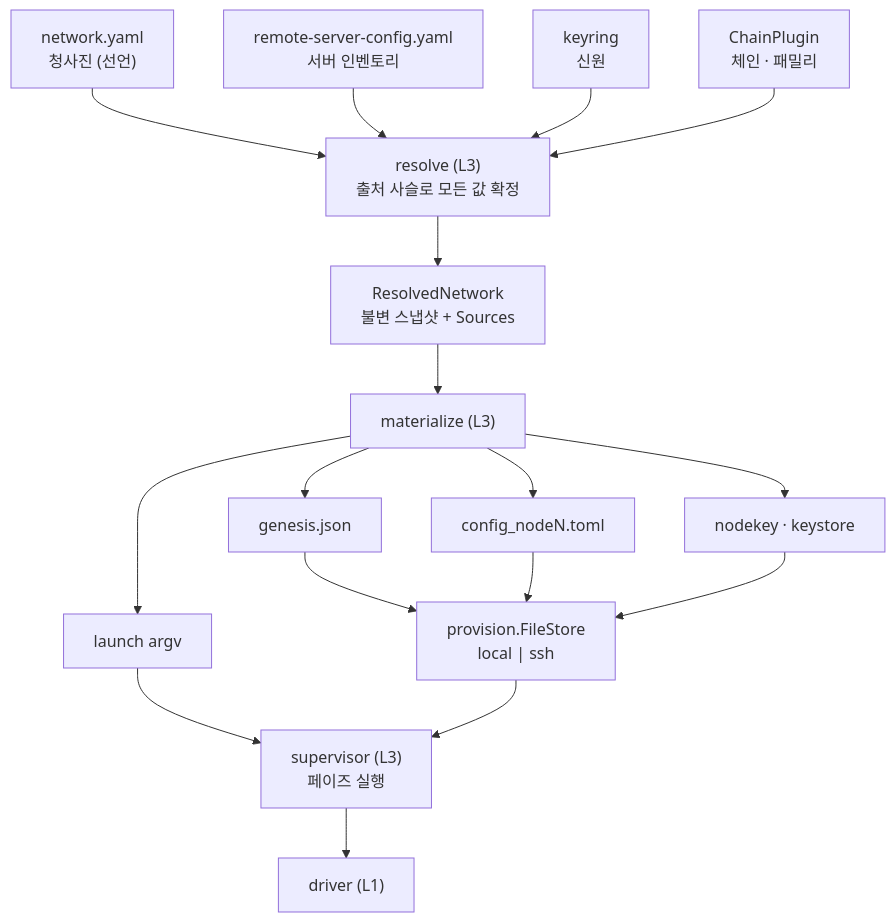
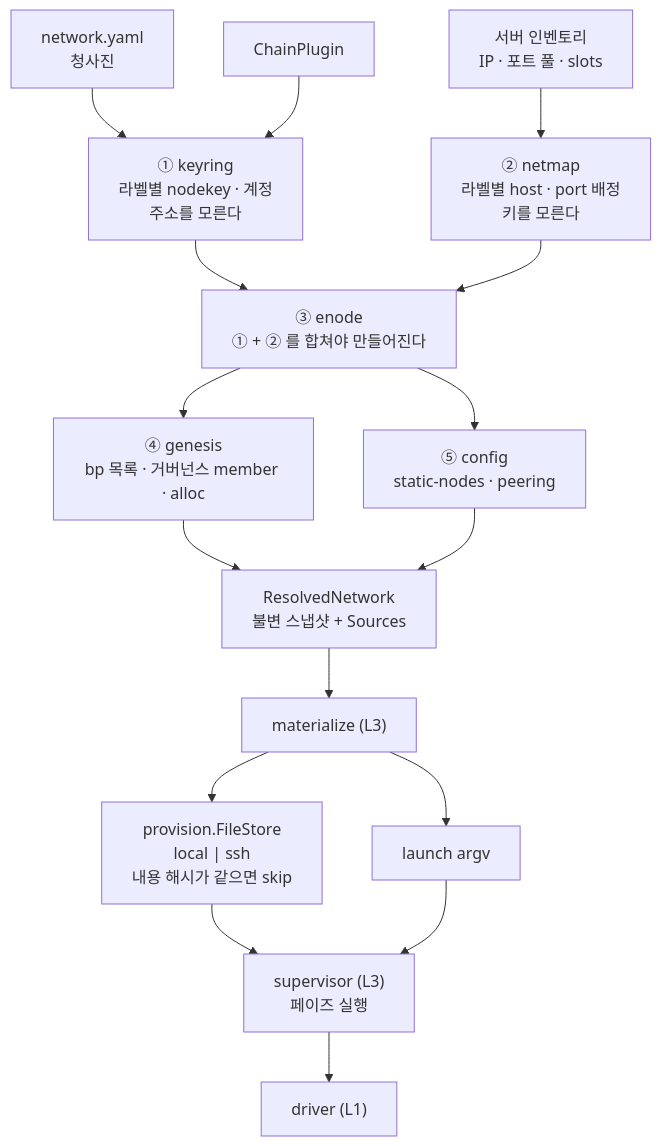
One commit to 0xmhha/chainbench changed the fourth of 9 diagrams in docs/dev/architecture/target-architecture.md. Above: the diagram before and after it, drawn with Mermaid. The commit also changed other lines of this file and 2 other files, not shown here.

````diff
--- a/docs/dev/architecture/target-architecture.md
+++ b/docs/dev/architecture/target-architecture.md
@@ -91,27 +95,30 @@
 ```mermaid
 flowchart TD
-    bp["network.yaml<br/>청사진 (선언)"]
-    inv["remote-server-config.yaml<br/>서버 인벤토리"]
-    ring["keyring<br/>신원"]
-    plug["ChainPlugin<br/>체인 · 패밀리"]
+    bp["network.yaml<br/>청사진"]
+    inv["서버 인벤토리<br/>IP · 포트 풀 · slots"]
+    plug["ChainPlugin"]
 
-    bp --> resolve["resolve (L3)<br/>출처 사슬로 모든 값 확정"]
-    inv --> resolve
-    ring --> resolve
-    plug --> resolve
+    bp --> r1
+    plug --> r1
+    inv --> r2
 
-    resolve --> rn["ResolvedNetwork<br/>불변 스냅샷 + Sources"]
+    r1["① keyring<br/>라벨별 nodekey · 계정<br/>주소를 모른다"]
+    r2["② netmap<br/>라벨별 host · port 배정<br/>키를 모른다"]
+    r3["③ enode<br/>① + ② 를 합쳐야 만들어진다"]
+
+    r1 --> r3
+    r2 --> r3
+
+    r3 --> r4["④ genesis<br/>bp 목록 · 거버넌스 member · alloc"]
+    r3 --> r5["⑤ config<br/>static-nodes · peering"]
+
+    r4 --> rn["ResolvedNetwork<br/>불변 스냅샷 + Sources"]
+    r5 --> rn
     rn --> mat["materialize (L3)"]
 
-    mat --> gen["genesis.json"]
-    mat --> cfg["config_nodeN.toml"]
-    mat --> ident["nodekey · keystore"]
+    mat --> sink["provision.FileStore<br/>local | ssh<br/>내용 해시가 같으면 skip"]
     mat --> argv["launch argv"]
-
-    gen --> sink["provision.FileStore<br/>local | ssh"]
-    cfg --> sink
-    ident --> sink
-    argv --> sup["supervisor (L3)<br/>페이즈 실행"]
-    sink --> sup
+    sink --> sup["supervisor (L3)<br/>페이즈 실행"]
+    argv --> sup
     sup --> drv["driver (L1)"]
 ```
````
